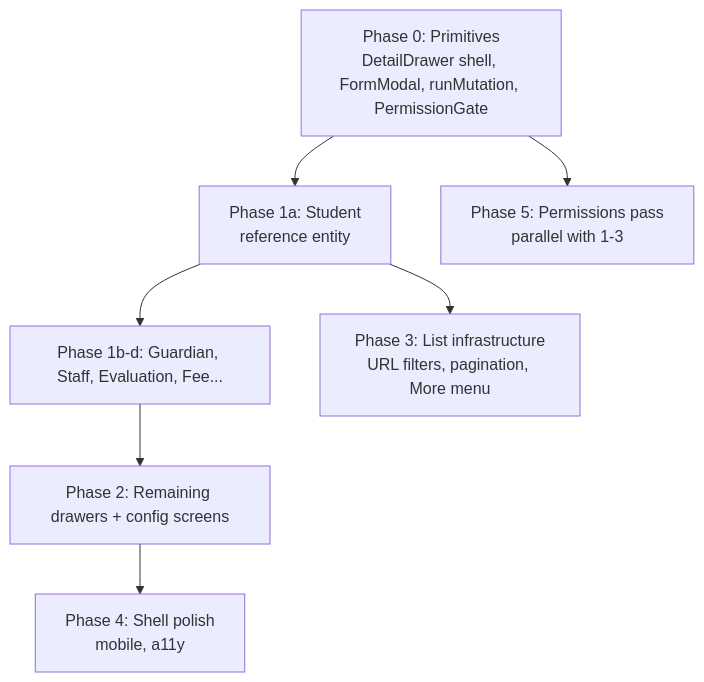
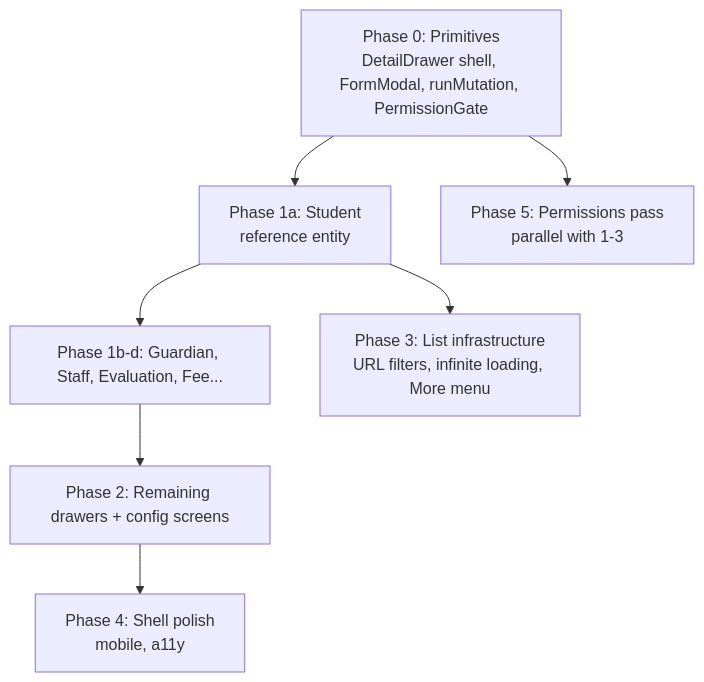
Before and after one commit to Maya-Invest/edaya_backend: the diagram in docs/app-shell-gap-closure-plan.md, drawn with Mermaid. The commit also changed other lines of this file, not shown here.

````diff
--- a/docs/app-shell-gap-closure-plan.md
+++ b/docs/app-shell-gap-closure-plan.md
@@ -326,17 +348,17 @@
 ```mermaid
 flowchart TD
     P0[Phase 0: Primitives\nDetailDrawer shell, FormModal, runMutation, PermissionGate]
     P1a[Phase 1a: Student\nreference entity]
     P1b[Phase 1b-d: Guardian, Staff, Evaluation, Fee...]
     P2[Phase 2: Remaining drawers + config screens]
-    P3[Phase 3: List infrastructure\nURL filters, pagination, More menu]
+    P3[Phase 3: List infrastructure\nURL filters, infinite loading, More menu]
     P4[Phase 4: Shell polish\nmobile, a11y]
     P5[Phase 5: Permissions pass\nparallel with 1-3]
 
     P0 --> P1a
     P1a --> P1b
     P1b --> P2
     P1a --> P3
     P0 --> P5
     P2 --> P4
 ```
````
